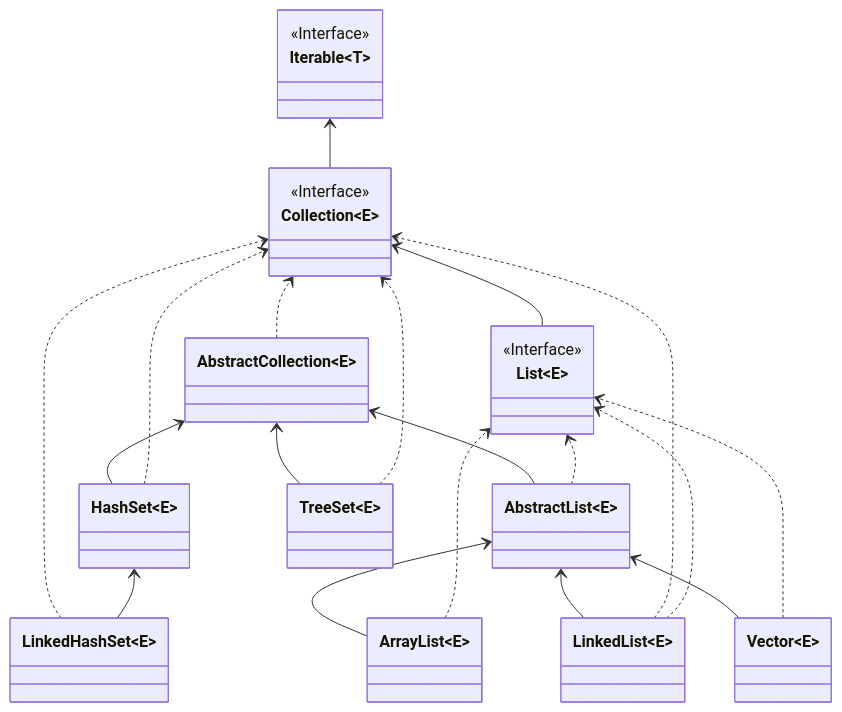
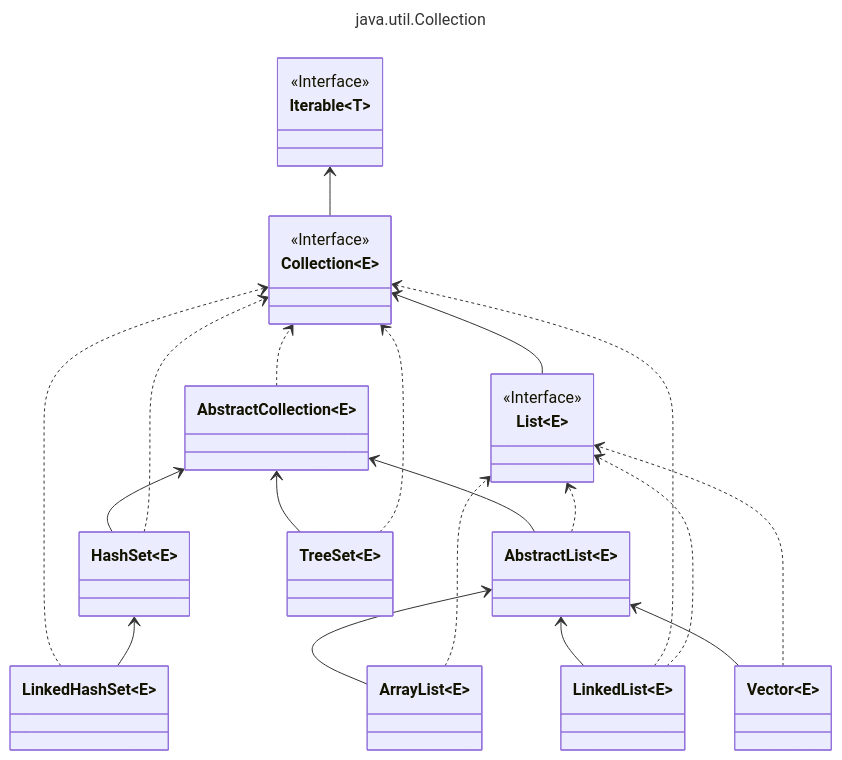
Before and after one commit to follow1123/docs: the first of 2 diagrams in docs/java/basics/collection.md, drawn with Mermaid. The commit also changed other lines of this file and 3 other files, not shown here.

````diff
--- a/docs/java/basics/collection.md
+++ b/docs/java/basics/collection.md
@@ -11,43 +14,46 @@
 ```mermaid
+---
+title: java.util.Collection
+---
 classDiagram
 direction BT
 class AbstractCollection~E~
 class AbstractList~E~
 class ArrayList~E~
 class Collection~E~ {
 <<Interface>>
 
 }
 class HashSet~E~
 class Iterable~T~ {
 <<Interface>>
 
 }
 class LinkedHashSet~E~
 class LinkedList~E~
 class List~E~ {
 <<Interface>>
 
 }
 class TreeSet~E~
 class Vector~E~
 
 AbstractCollection~E~  ..>  Collection~E~ 
 AbstractList~E~  -->  AbstractCollection~E~ 
 AbstractList~E~  ..>  List~E~ 
 ArrayList~E~  -->  AbstractList~E~ 
 ArrayList~E~  ..>  List~E~ 
 Collection~E~  -->  Iterable~T~ 
 HashSet~E~  -->  AbstractCollection~E~ 
 HashSet~E~  ..>  Collection~E~ 
 LinkedHashSet~E~  ..>  Collection~E~ 
 LinkedHashSet~E~  -->  HashSet~E~ 
 LinkedList~E~  -->  AbstractList~E~ 
 LinkedList~E~  ..>  Collection~E~ 
 LinkedList~E~  ..>  List~E~ 
 List~E~  -->  Collection~E~ 
 TreeSet~E~  -->  AbstractCollection~E~ 
 TreeSet~E~  ..>  Collection~E~ 
 Vector~E~  -->  AbstractList~E~ 
 Vector~E~  ..>  List~E~ 
 ```
````
